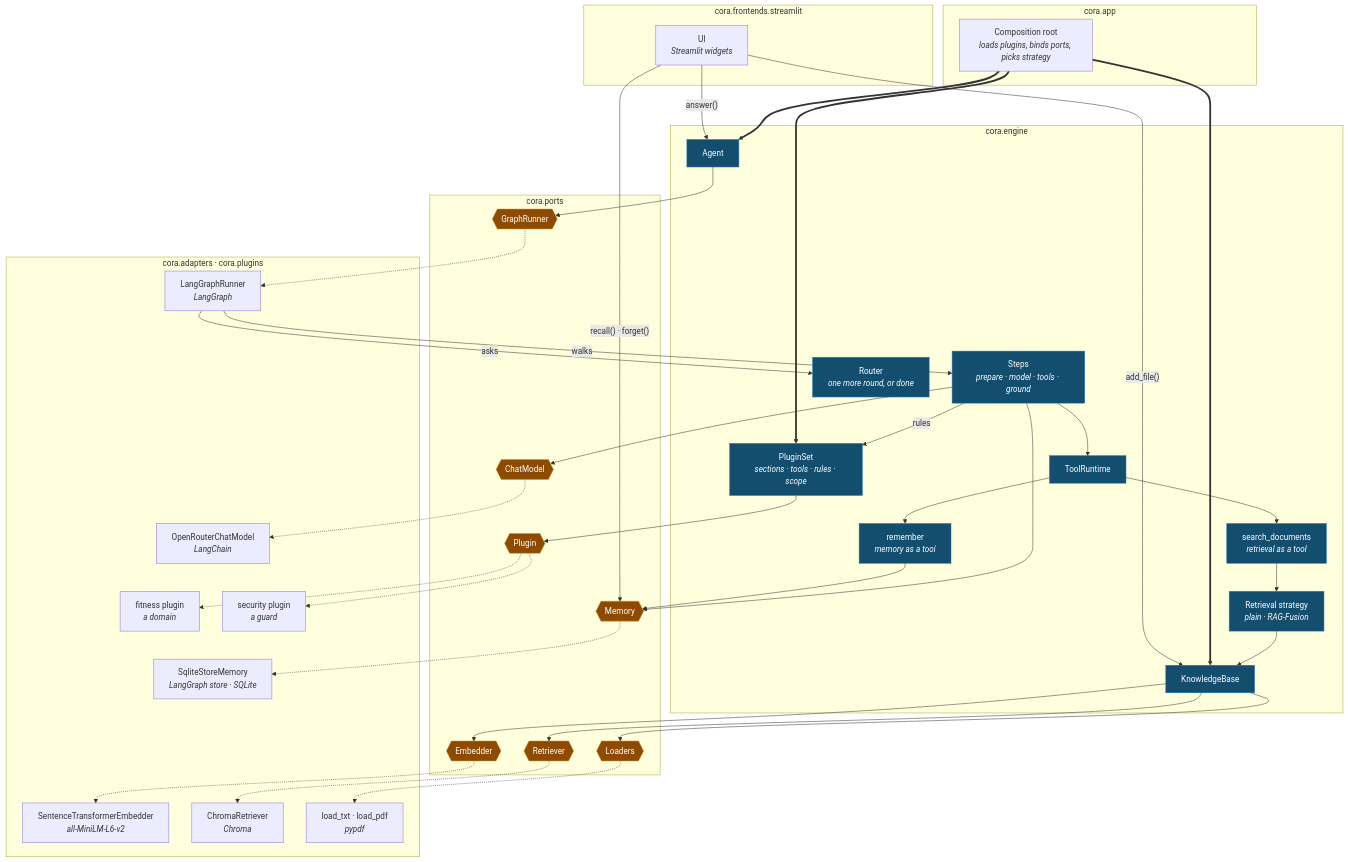
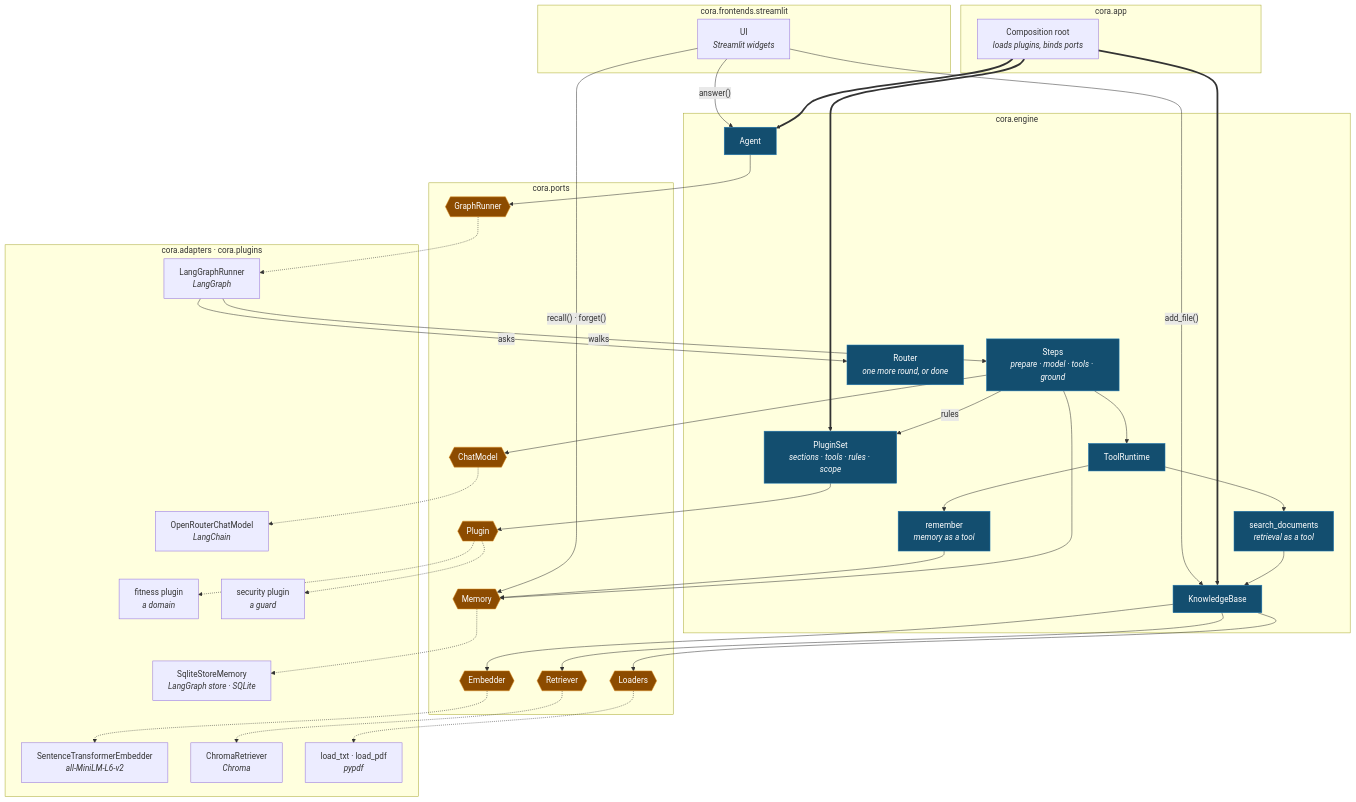
One commit to aschog/cora changed the first of 2 diagrams in docs/big-picture.md. Above: the diagram before and after it, drawn with Mermaid. The commit also changed other lines of this file and 35 other files, not shown here.

````diff
--- a/docs/big-picture.md
+++ b/docs/big-picture.md
@@ -10,80 +10,78 @@
 ```mermaid
 %%{init: {"flowchart": {"nodeSpacing": 45, "rankSpacing": 55, "curve": "basis"}}}%%
 flowchart TB
   subgraph shell["cora.frontends.streamlit"]
     ui["UI<br/><i>Streamlit widgets</i>"]
   end
 
   subgraph wiring["cora.app"]
-    root["Composition root<br/><i>loads plugins, binds ports, picks strategy</i>"]
+    root["Composition root<br/><i>loads plugins, binds ports</i>"]
   end
 
   subgraph core["cora.engine"]
     agent["Agent"]
     steps["Steps<br/><i>prepare · model · tools · ground</i>"]
     router["Router<br/><i>one more round, or done</i>"]
     pset["PluginSet<br/><i>sections · tools · rules · scope</i>"]
     rt["ToolRuntime"]
     search["search_documents<br/><i>retrieval as a tool</i>"]
     remember["remember<br/><i>memory as a tool</i>"]
-    retr["Retrieval strategy<br/><i>plain · RAG-Fusion</i>"]
     kb["KnowledgeBase"]
   end
 
   subgraph seam["cora.ports"]
     gr{{"GraphRunner"}}
     cm{{"ChatModel"}}
     emb{{"Embedder"}}
     ret{{"Retriever"}}
     load{{"Loaders"}}
     mem{{"Memory"}}
     plug{{"Plugin"}}
   end
 
   subgraph infra["cora.adapters · cora.plugins"]
     lg["LangGraphRunner<br/><i>LangGraph</i>"]
     orc["OpenRouterChatModel<br/><i>LangChain</i>"]
     ste["SentenceTransformerEmbedder<br/><i>all-MiniLM-L6-v2</i>"]
     chroma["ChromaRetriever<br/><i>Chroma</i>"]
     load_reg["load_txt · load_pdf<br/><i>pypdf</i>"]
     store["SqliteStoreMemory<br/><i>LangGraph store · SQLite</i>"]
     fit["fitness plugin<br/><i>a domain</i>"]
     sec["security plugin<br/><i>a guard</i>"]
   end
 
   ui -->|"answer()"| agent
   ui -->|"add_file()"| kb
   ui -->|"recall() · forget()"| mem
   root ==> agent
   root ==> kb
   root ==> pset
   pset --> plug
   agent --> gr
   lg -->|"walks"| steps
   lg -->|"asks"| router
   steps --> cm
   steps -->|"rules"| pset
   steps --> rt
   rt --> search
   rt --> remember
   remember --> mem
   steps --> mem
-  search --> retr
-  retr --> kb
+  search --> kb
   kb --> emb
   kb --> ret
   kb --> load
   gr -.-> lg
   cm -.-> orc
   emb -.-> ste
   ret -.-> chroma
   load -.-> load_reg
   mem -.-> store
   plug -.-> fit
   plug -.-> sec
 
   classDef port fill:#8c4b00,stroke:#d98a1f,color:#fff;
   classDef logic fill:#134e6f,stroke:#1f78b4,color:#fff;
   class gr,cm,emb,ret,load,mem,plug port;
-  class agent,steps,router,pset,rt,search,remember,retr,kb logic;
+  class agent,steps,router,pset,rt,search,remember,kb logic;
 ```
````
